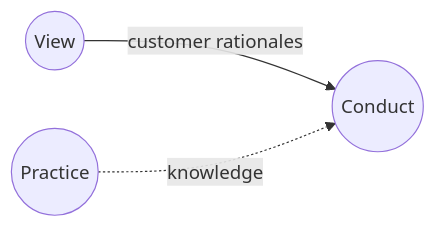
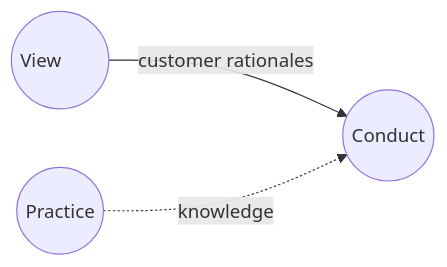
The diagram in zillow.md (borisdev/resume), drawn with Mermaid before and after one commit.

````diff
--- a/zillow.md
+++ b/zillow.md
@@ -18,5 +18,5 @@
 ```mermaid
 flowchart LR
-    V(("View    "))-- customer rationales -->C(("Conduct"))
+    V(("View #nbsp; #nbsp; #nbsp; #nbsp;"))-- customer rationales -->C(("Conduct"))
     P(("Practice"))-. knowledge .->C(("Conduct"))
 ```
````
